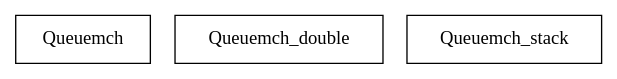
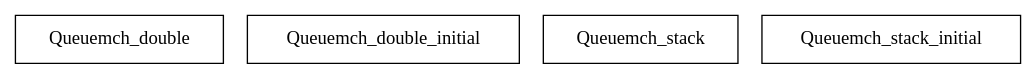
The diagram in Test_scenarios2/bdp/Test_scenarios2.dot (agata-borkowska-clark/dissertation), drawn with Graphviz before and after one commit. The commit also changed 232 other files, not shown here.

```diff
--- a/Test_scenarios2/bdp/Test_scenarios2.dot
+++ b/Test_scenarios2/bdp/Test_scenarios2.dot
@@ -1,6 +1,7 @@
 digraph {
-Queuemch [ label=" Queuemch " shape= box ]
 Queuemch_double [ label=" Queuemch_double " shape= box ]
+Queuemch_double_initial [ label=" Queuemch_double_initial " shape= box ]
 Queuemch_stack [ label=" Queuemch_stack " shape= box ]
+Queuemch_stack_initial [ label=" Queuemch_stack_initial " shape= box ]
 
 }
```
